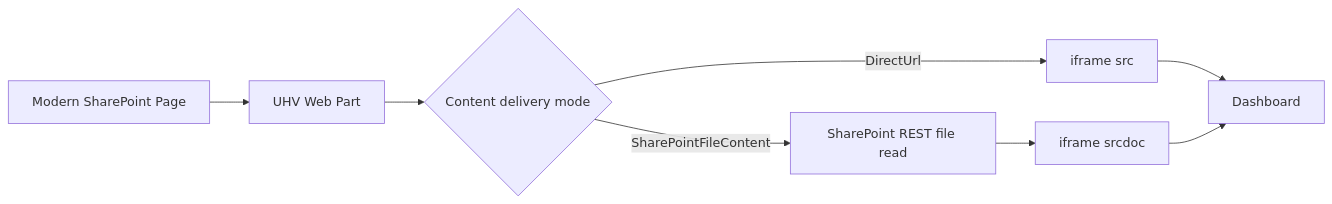
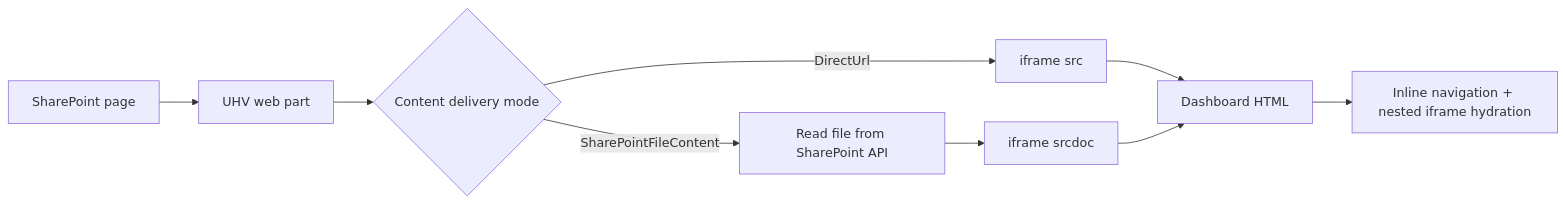
Before and after one commit to EvotecIT/UltimateHtmlViewer: the first of 2 diagrams in README.md, drawn with Mermaid. The commit also changed other lines of this file and 5 other files, not shown here.

````diff
--- a/README.md
+++ b/README.md
@@ -49,10 +48,11 @@
 ```mermaid
 flowchart LR
-  A[Modern SharePoint Page] --> B[UHV Web Part]
+  A[SharePoint page] --> B[UHV web part]
   B --> C{Content delivery mode}
   C -->|DirectUrl| D[iframe src]
-  C -->|SharePointFileContent| E[SharePoint REST file read]
+  C -->|SharePointFileContent| E[Read file from SharePoint API]
   E --> F[iframe srcdoc]
-  D --> G[Dashboard]
-  F --> G[Dashboard]
+  D --> G[Dashboard HTML]
+  F --> G[Dashboard HTML]
+  G --> H[Inline navigation + nested iframe hydration]
 ```
````
